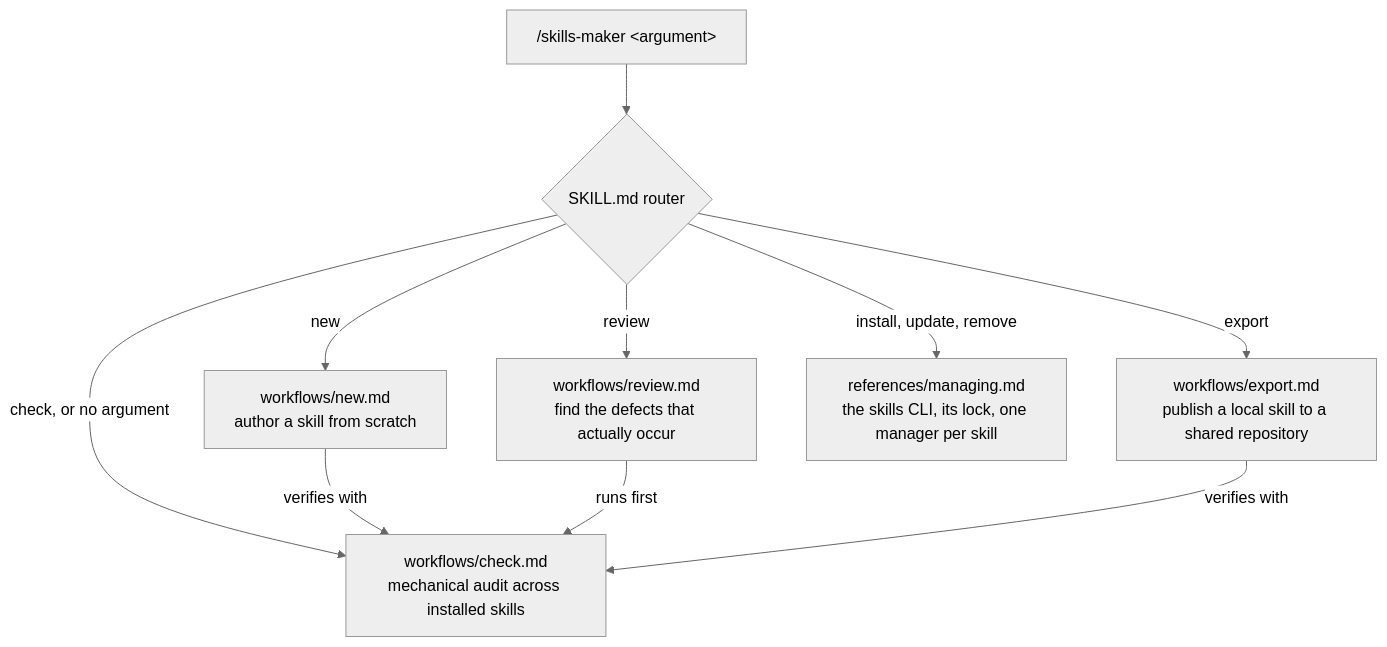
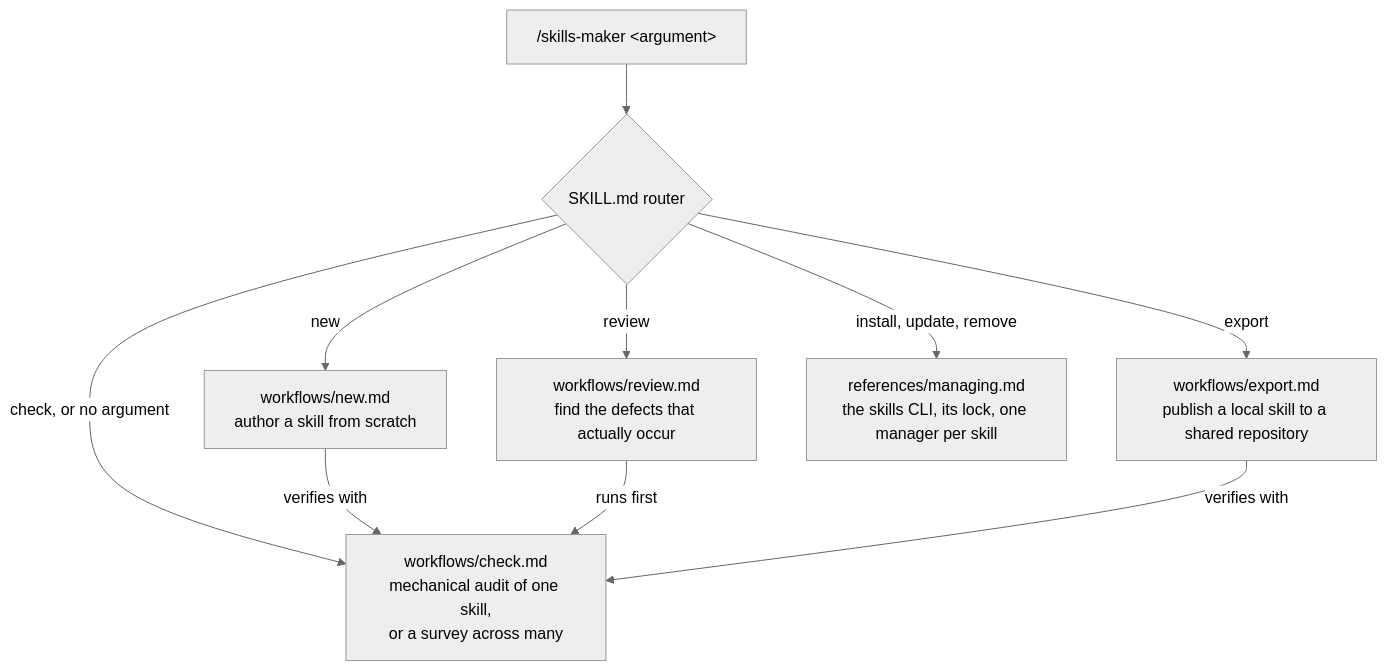
One commit to izkreny/agentifico changed the diagram in skills/skills-maker/README.md. Above: the diagram before and after it, drawn with Mermaid (neutral theme). The commit also changed other lines of this file and 27 other files, not shown here.

````diff
--- a/skills/skills-maker/README.md
+++ b/skills/skills-maker/README.md
@@ -33,12 +33,12 @@
 ```mermaid
 flowchart TD
     A["/skills-maker &lt;argument&gt;"] --> R{"SKILL.md router"}
     R -->|new| N["workflows/new.md<br/>author a skill from scratch"]
     R -->|review| V["workflows/review.md<br/>find the defects that actually occur"]
-    R -->|"check, or no argument"| C["workflows/check.md<br/>mechanical audit across installed skills"]
+    R -->|"check, or no argument"| C["workflows/check.md<br/>mechanical audit of one skill,<br/>or a survey across many"]
     R -->|export| E["workflows/export.md<br/>publish a local skill to a shared repository"]
     R -->|"install, update, remove"| M["references/managing.md<br/>the skills CLI, its lock, one manager per skill"]
     N -->|verifies with| C
     V -->|runs first| C
     E -->|verifies with| C
 ```
````
